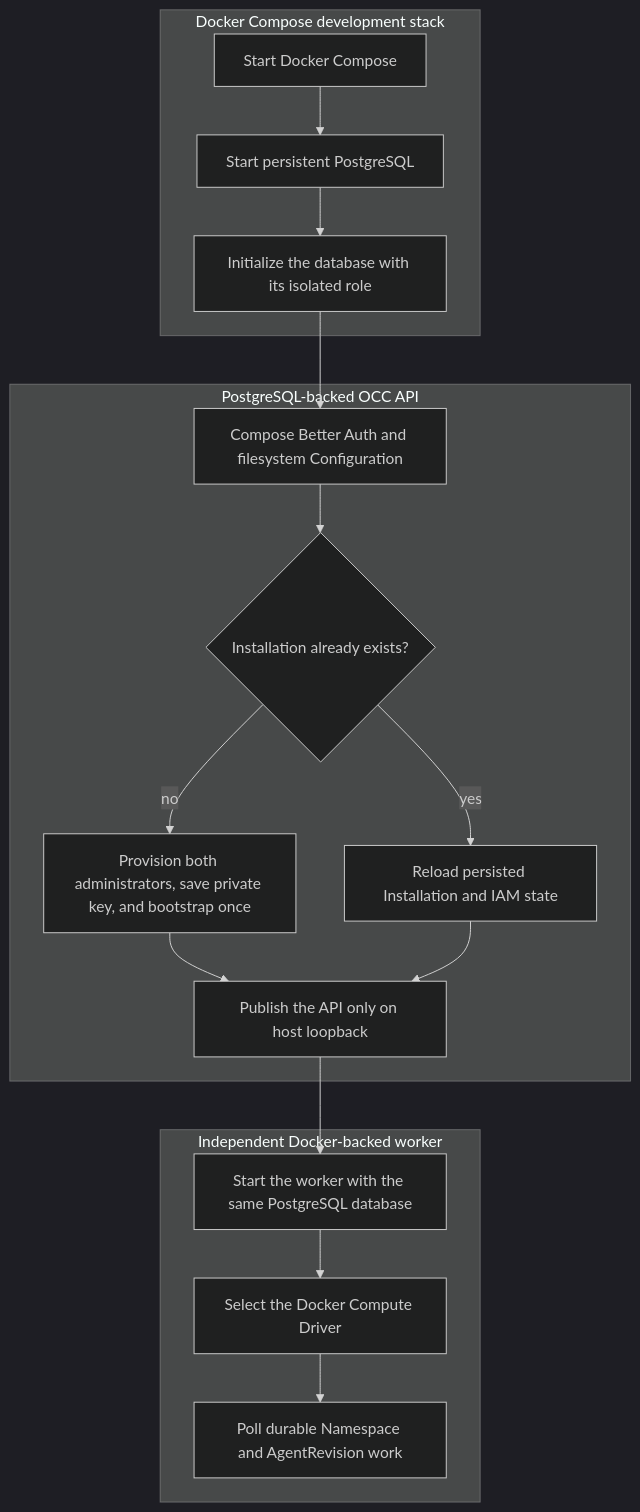
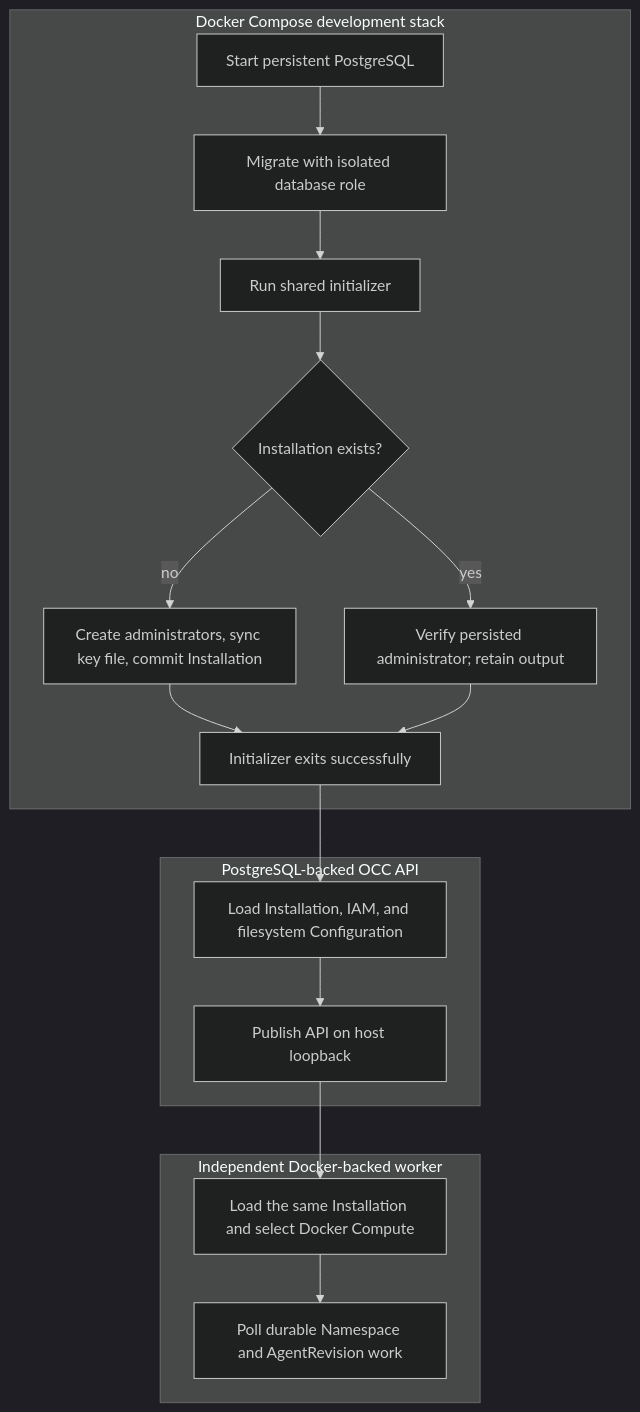
The diagram in docs/flows/development-startup.md (IsaiahStapleton/openclaw-enterprise), drawn with Mermaid (dark theme) before and after one commit. The commit also changed other lines of this file and 41 other files, not shown here.

Commit message:
refactor: share installation bootstrap across startup modes

````diff
--- a/docs/flows/development-startup.md
+++ b/docs/flows/development-startup.md
@@ -34,22 +33,20 @@
 ```mermaid
 graph TD
     subgraph Compose["Docker Compose development stack"]
-        A["Start Docker Compose"] --> B["Start persistent PostgreSQL"]
-        B --> C["Initialize the database with its isolated role"]
+        A["Start persistent PostgreSQL"] --> B["Migrate with isolated database role"]
+        B --> C["Run shared initializer"]
+        C --> D{"Installation exists?"}
+        D -->|no| E["Create administrators, sync key file, commit Installation"]
+        D -->|yes| F["Verify persisted administrator; retain output"]
+        E --> G["Initializer exits successfully"]
+        F --> G
     end
-
     subgraph API["PostgreSQL-backed OCC API"]
-        C --> D["Compose Better Auth and filesystem Configuration"]
-        D --> E{"Installation already exists?"}
-        E -->|no| F["Provision both administrators, save private key, and bootstrap once"]
-        E -->|yes| G["Reload persisted Installation and IAM state"]
-        F --> H["Publish the API only on host loopback"]
-        G --> H
+        G --> H["Load Installation, IAM, and filesystem Configuration"]
+        H --> I["Publish API on host loopback"]
     end
-
     subgraph Worker["Independent Docker-backed worker"]
-        H --> I["Start the worker with the same PostgreSQL database"]
-        I --> J["Select the Docker Compute Driver"]
+        I --> J["Load the same Installation and select Docker Compute"]
         J --> K["Poll durable Namespace and AgentRevision work"]
     end
 ```
````
